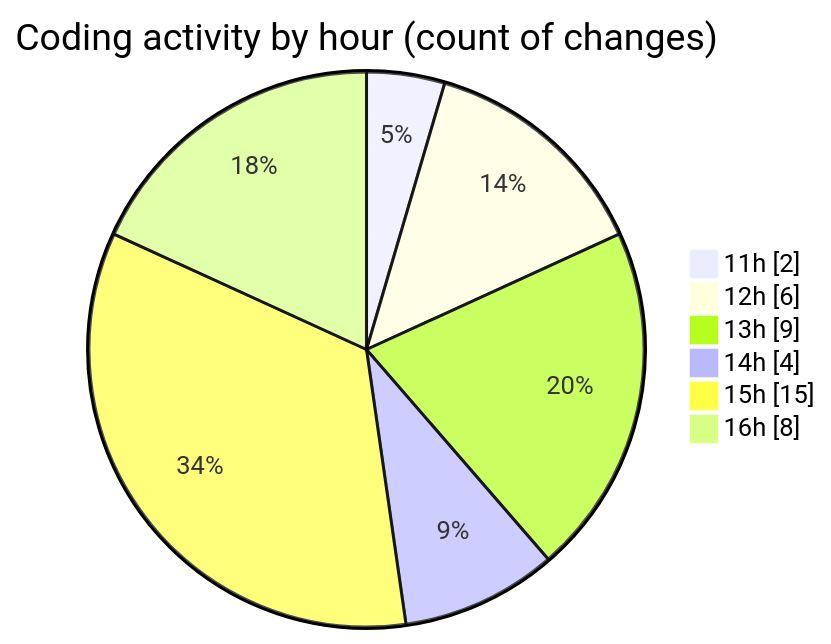
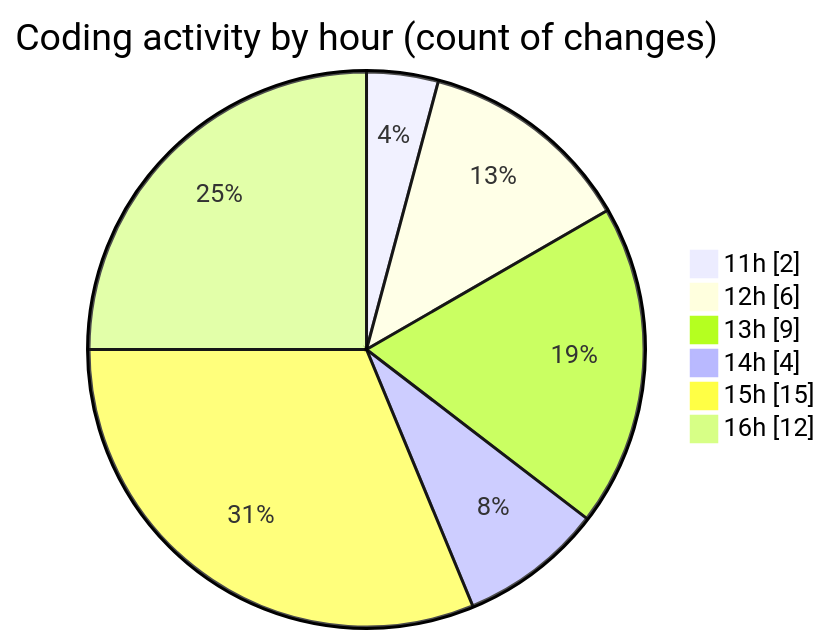
The second of 2 diagrams in 2025-06-30/argos/README.md (nxtqubesakshisongat/code-tracking), drawn with Mermaid before and after one commit. The commit also changed other lines of this file and 1 other file, not shown here.

````diff
--- a/2025-06-30/argos/README.md
+++ b/2025-06-30/argos/README.md
@@ -33,10 +33,10 @@
 ```mermaid
 pie showData
 title Coding activity by hour (count of changes)
 "11h" : 2
 "12h" : 6
 "13h" : 9
 "14h" : 4
 "15h" : 15
-"16h" : 8
+"16h" : 12
 ```
````
